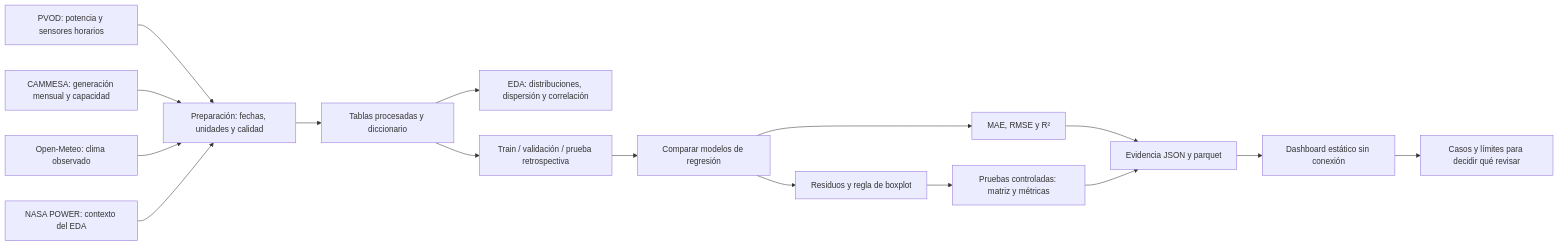
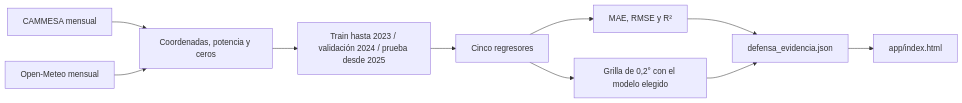
The diagram in docs/arquitectura.md (imelinc/tpo-solar), drawn with Mermaid before and after one commit. The commit also changed other lines of this file and 33 other files, not shown here.

First line of the commit message:
Reduce el alcance a Argentina: factor de capacidad mensual por ubicación y clima

````diff
--- a/docs/arquitectura.md
+++ b/docs/arquitectura.md
@@ -5,18 +5,12 @@
 ```mermaid
 flowchart LR
-    PVOD[PVOD: potencia y sensores horarios] --> PREP[Preparación: fechas, unidades y calidad]
-    CAM[CAMMESA: generación mensual y capacidad] --> PREP
-    OM[Open-Meteo: clima observado] --> PREP
-    NASA[NASA POWER: contexto del EDA] --> PREP
-    PREP --> TAB[Tablas procesadas y diccionario]
-    TAB --> EDA[EDA: distribuciones, dispersión y correlación]
-    TAB --> SPLIT[Train / validación / prueba retrospectiva]
-    SPLIT --> REG[Comparar modelos de regresión]
+    CAM[CAMMESA mensual] --> PREP[Coordenadas, potencia y ceros]
+    OM[Open-Meteo mensual] --> PREP
+    PREP --> SPLIT[Train hasta 2023 / validación 2024 / prueba desde 2025]
+    SPLIT --> REG[Cinco regresores]
     REG --> MET[MAE, RMSE y R²]
-    REG --> RES[Residuos y regla de boxplot]
-    RES --> SIM[Pruebas controladas: matriz y métricas]
-    MET --> JSON[Evidencia JSON y parquet]
-    SIM --> JSON
-    JSON --> APP[Dashboard estático sin conexión]
-    APP --> CASO[Casos y límites para decidir qué revisar]
+    REG --> GRID[Grilla de 0,2° con el modelo elegido]
+    MET --> JSON[defensa_evidencia.json]
+    GRID --> JSON
+    JSON --> APP[app/index.html]
 ```
````
